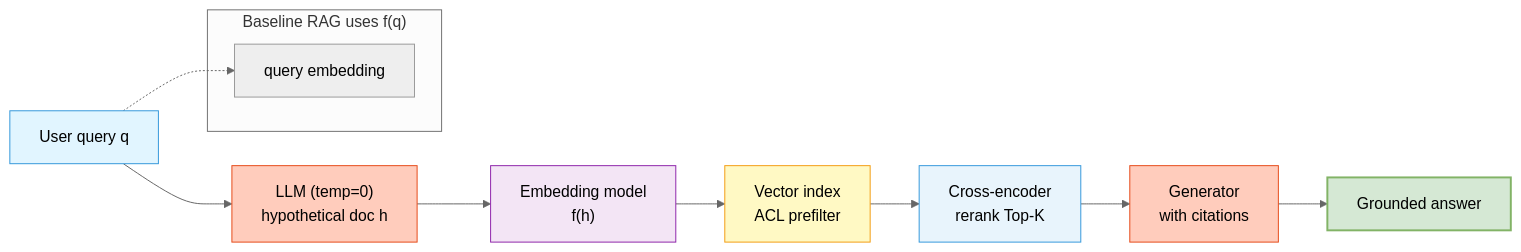
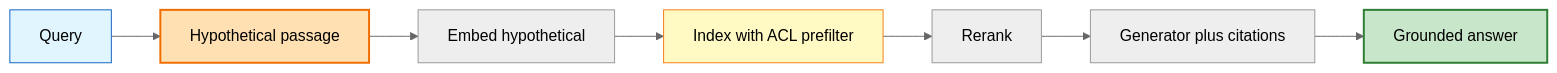
Before and after one commit to vaquarkhan/microservices-recipes-a-free-gitbook: the diagram in assets/images/diagrams/hyde-rag-pipeline.mmd, drawn with Mermaid (neutral theme). The commit also changed 151 other files, not shown here.

```diff
--- a/assets/images/diagrams/hyde-rag-pipeline.mmd
+++ b/assets/images/diagrams/hyde-rag-pipeline.mmd
@@ -1,28 +1,12 @@
 flowchart LR
-    Q["User query q"]
-    LLM1["LLM (temp=0)<br/>hypothetical doc h"]
-    EMB["Embedding model<br/>f(h)"]
-    IDX["Vector index<br/>ACL prefilter"]
-    RERANK["Cross-encoder<br/>rerank Top-K"]
-    LLM2["Generator<br/>with citations"]
-    ANS["Grounded answer"]
+    Q[Query] --> H[Hypothetical passage]
+    H --> E[Embed hypothetical]
+    E --> I[Index with ACL prefilter]
+    I --> RR[Rerank]
+    RR --> G[Generator plus citations]
+    G --> A[Grounded answer]
 
-    Q --> LLM1
-    LLM1 --> EMB
-    EMB --> IDX
-    IDX --> RERANK
-    RERANK --> LLM2
-    LLM2 --> ANS
-
-    subgraph Compare["Baseline RAG uses f(q)"]
-        Q2["query embedding"]
-    end
-    Q -.-> Q2
-
-    style Q fill:#e1f5ff,stroke:#3498db
-    style LLM1 fill:#ffccbc,stroke:#e64a19
-    style EMB fill:#f3e5f5,stroke:#8e24aa
-    style IDX fill:#fff9c4,stroke:#f39c12
-    style RERANK fill:#e8f4fc,stroke:#3498db
-    style LLM2 fill:#ffccbc,stroke:#e64a19
-    style ANS fill:#d5e8d4,stroke:#82b366,stroke-width:2px
+    style Q fill:#e1f5ff,stroke:#1565c0
+    style H fill:#ffe0b2,stroke:#ef6c00,stroke-width:2px
+    style I fill:#fff9c4,stroke:#f57f17
+    style A fill:#c8e6c9,stroke:#2e7d32,stroke-width:2px
```
